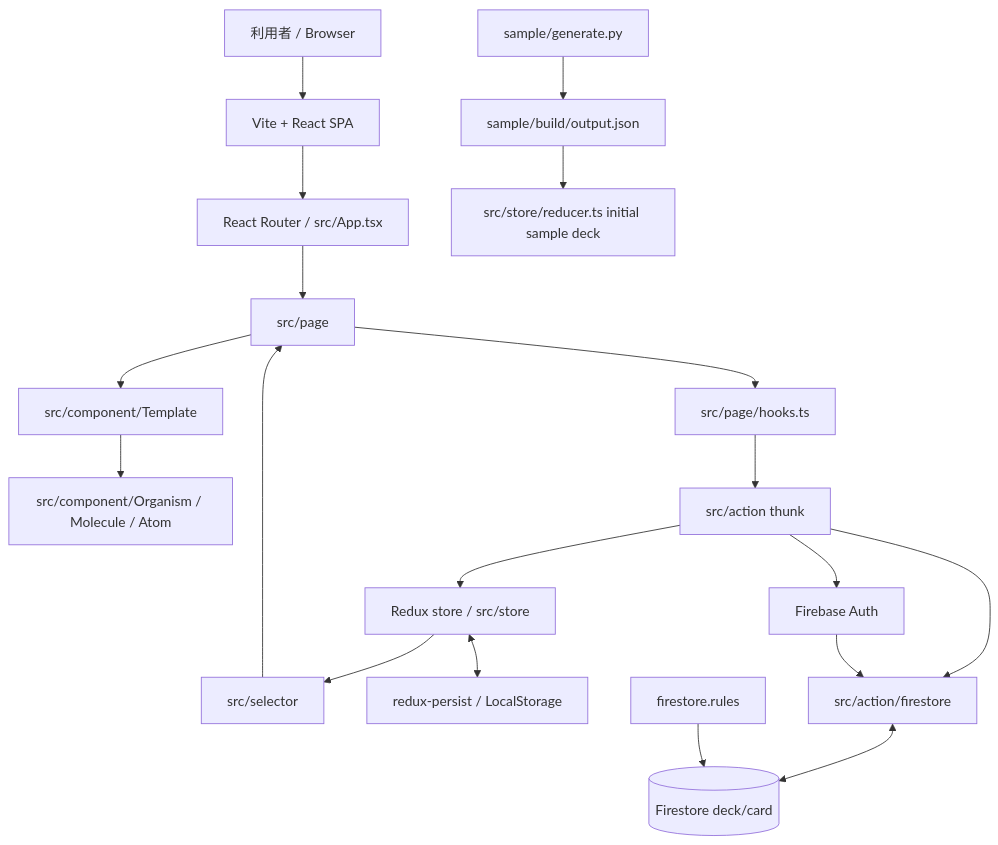
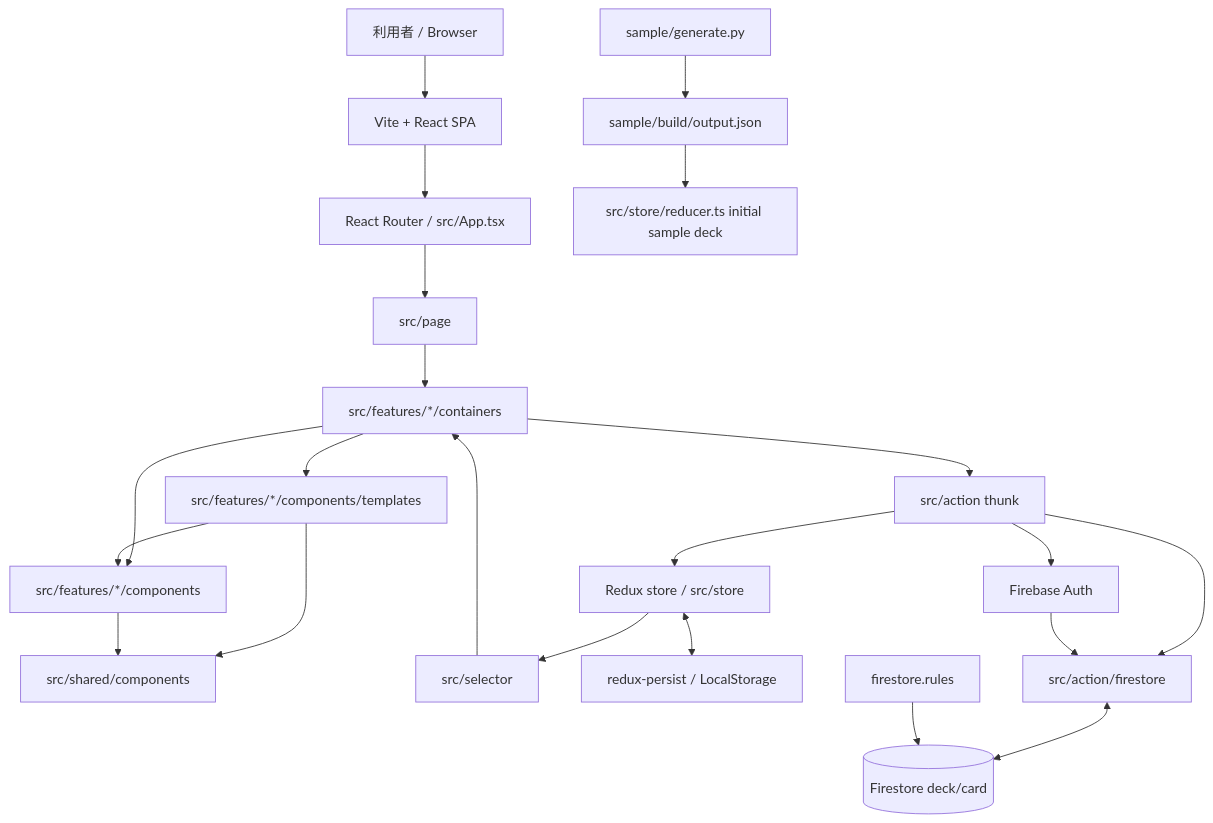
One commit to her0e1c1/tango changed the first of 3 diagrams in docs/summary/architecture.md. Above: the diagram before and after it, drawn with Mermaid. The commit also changed other lines of this file and 239 other files, not shown here.

First line of the commit message:
Refactor UI into feature-based component architecture (#200)

````diff
--- a/docs/summary/architecture.md
+++ b/docs/summary/architecture.md
@@ -5,25 +5,28 @@
 ```mermaid
 flowchart TD
     User[利用者 / Browser] --> SPA[Vite + React SPA]
     SPA --> Router[React Router / src/App.tsx]
     Router --> Pages[src/page]
-    Pages --> Hooks[src/page/hooks.ts]
-    Pages --> Templates[src/component/Template]
-    Templates --> UI[src/component/Organism / Molecule / Atom]
+    Pages --> Containers[src/features/*/containers]
+    Containers --> Templates[src/features/*/components/templates]
+    Containers --> FeatureUI[src/features/*/components]
+    Templates --> FeatureUI
+    Templates --> SharedUI[src/shared/components]
+    FeatureUI --> SharedUI
 
-    Hooks --> Actions[src/action thunk]
+    Containers --> Actions[src/action thunk]
     Actions --> Store[Redux store / src/store]
     Store --> Selectors[src/selector]
-    Selectors --> Pages
+    Selectors --> Containers
     Store <--> Persist[redux-persist / LocalStorage]
 
     Actions --> FirebaseAuth[Firebase Auth]
     Actions --> FirestoreGateway[src/action/firestore]
     FirestoreGateway <--> Firestore[(Firestore deck/card)]
     FirebaseAuth --> FirestoreGateway
 
     SamplePy[sample/generate.py] --> SampleJson[sample/build/output.json]
     SampleJson --> Reducer[src/store/reducer.ts initial sample deck]
 
     FirestoreRules[firestore.rules] --> Firestore
 ```
````
